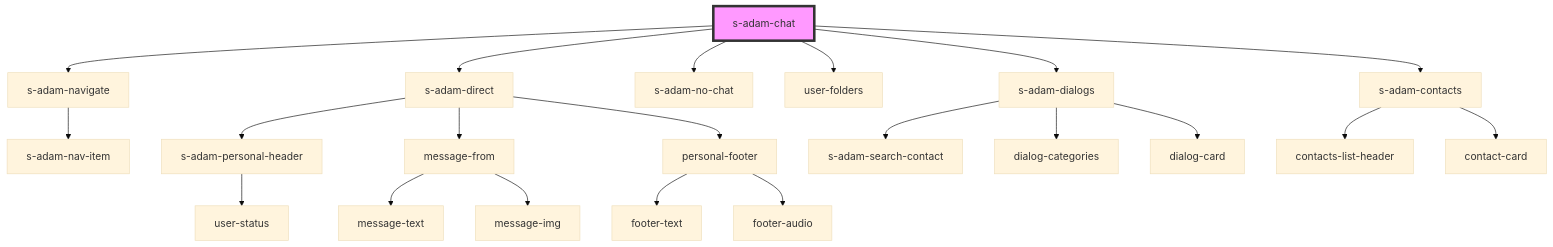
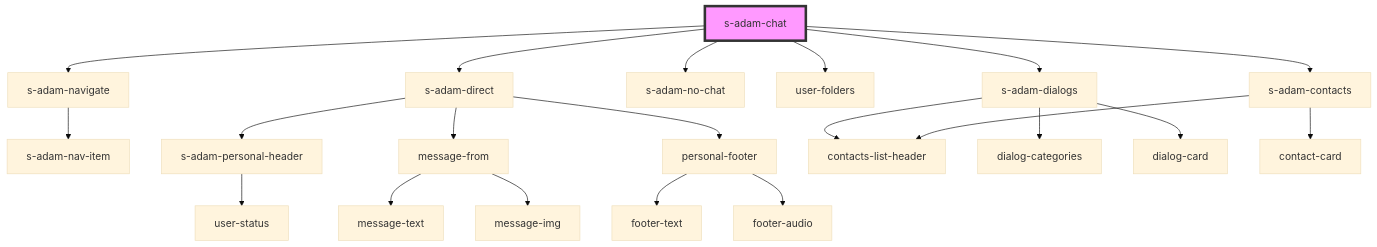
One commit to saqhan/stencil-chat changed the diagram in src/components/comp/s-adam-chat/readme.md. Above: the diagram before and after it, drawn with Mermaid (base theme). The commit also changed 10 other files, not shown here.

````diff
--- a/src/components/comp/s-adam-chat/readme.md
+++ b/src/components/comp/s-adam-chat/readme.md
@@ -27,24 +27,24 @@
 ```mermaid
 graph TD;
   s-adam-chat --> s-adam-navigate
   s-adam-chat --> s-adam-direct
   s-adam-chat --> s-adam-no-chat
   s-adam-chat --> user-folders
   s-adam-chat --> s-adam-dialogs
   s-adam-chat --> s-adam-contacts
   s-adam-navigate --> s-adam-nav-item
   s-adam-direct --> s-adam-personal-header
   s-adam-direct --> message-from
   s-adam-direct --> personal-footer
   s-adam-personal-header --> user-status
   message-from --> message-text
   message-from --> message-img
   personal-footer --> footer-text
   personal-footer --> footer-audio
-  s-adam-dialogs --> s-adam-search-contact
+  s-adam-dialogs --> contacts-list-header
   s-adam-dialogs --> dialog-categories
   s-adam-dialogs --> dialog-card
   s-adam-contacts --> contacts-list-header
   s-adam-contacts --> contact-card
   style s-adam-chat fill:#f9f,stroke:#333,stroke-width:4px
 ```
````
